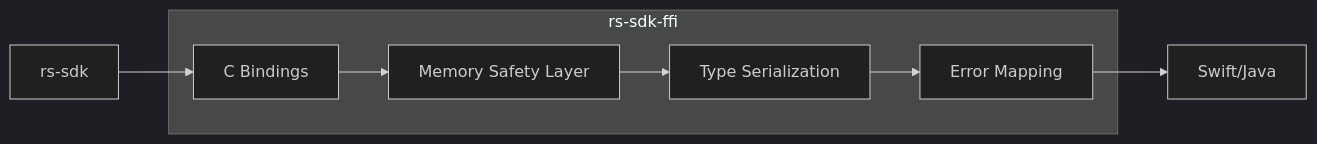
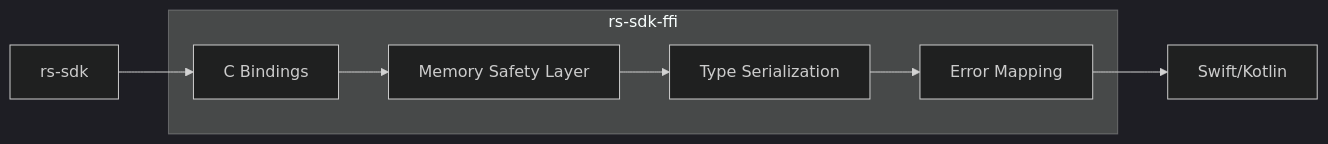
One commit to dashpay/platform changed the second of 6 diagrams in docs/SDK_ARCHITECTURE.md. Above: the diagram before and after it, drawn with Mermaid (dark theme). The commit also changed other lines of this file, not shown here.

Commit message:
architecture

````diff
--- a/docs/SDK_ARCHITECTURE.md
+++ b/docs/SDK_ARCHITECTURE.md
@@ -87,15 +95,15 @@
 ```mermaid
 graph LR
     subgraph "rs-sdk-ffi"
         CB[C Bindings]
         MS[Memory Safety Layer]
         TS[Type Serialization]
         EM[Error Mapping]
     end
     
     RS[rs-sdk] --> CB
     CB --> MS
     MS --> TS
     TS --> EM
-    EM --> SWIFT[Swift/Java]
+    EM --> SWIFT[Swift/Kotlin]
 ```
````
